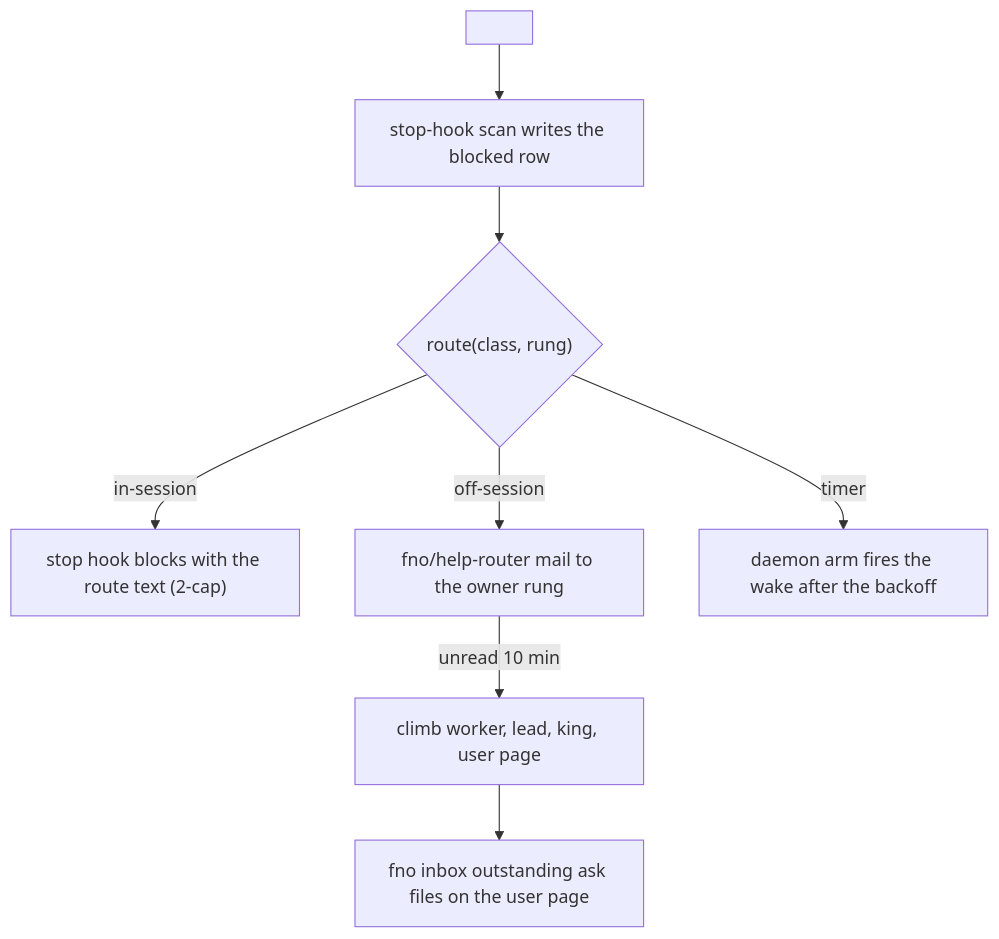
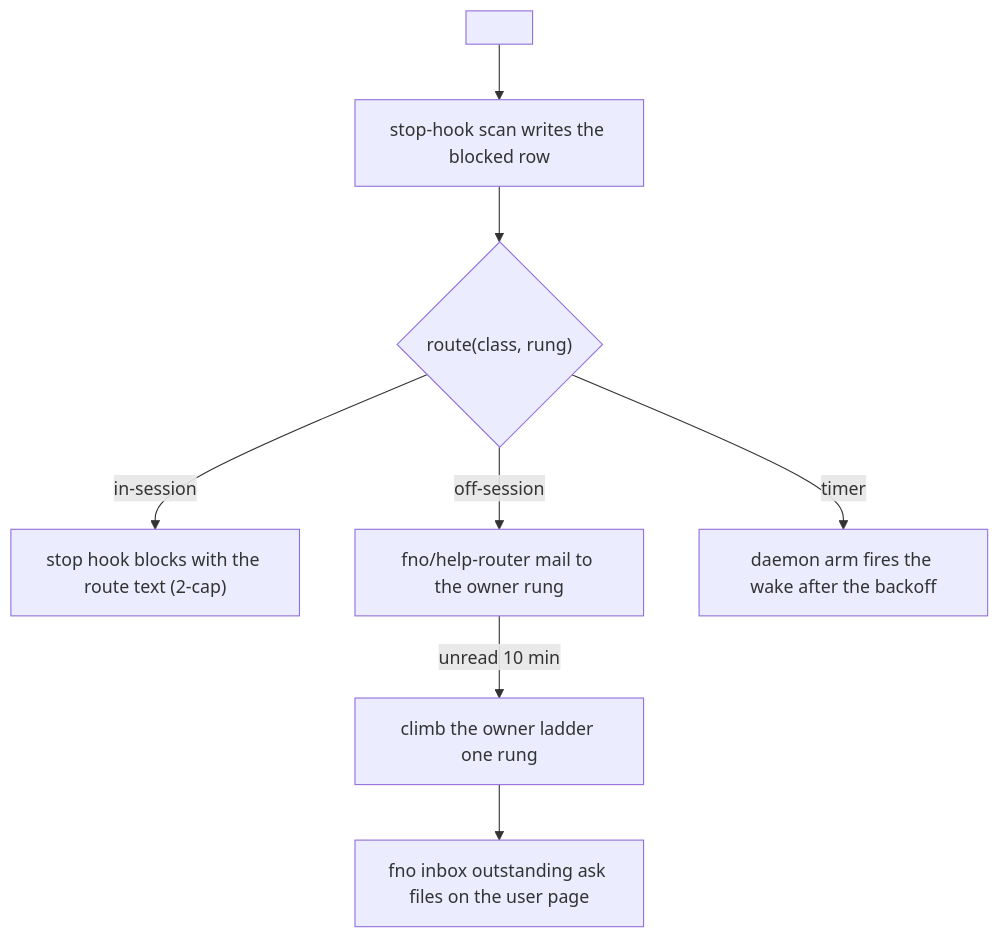
The diagram in docs/architecture/help-routing.md (bllshttng/footnote), drawn with Mermaid before and after one commit. The commit also changed other lines of this file and 4 other files, not shown here.

````diff
--- a/docs/architecture/help-routing.md
+++ b/docs/architecture/help-routing.md
@@ -24,10 +24,10 @@
 ```mermaid
 flowchart TD
     help["<help class=...>"] --> scan["stop-hook scan writes the blocked row"]
     scan --> route{"route(class, rung)"}
     route -->|in-session| block["stop hook blocks with the route text (2-cap)"]
     route -->|off-session| mail["fno/help-router mail to the owner rung"]
     route -->|timer| wait["daemon arm fires the wake after the backoff"]
-    mail -->|unread 10 min| climb["climb worker, lead, king, user page"]
+    mail -->|unread 10 min| climb["climb the owner ladder one rung"]
     climb --> page["fno inbox outstanding ask files on the user page"]
 ```
````
